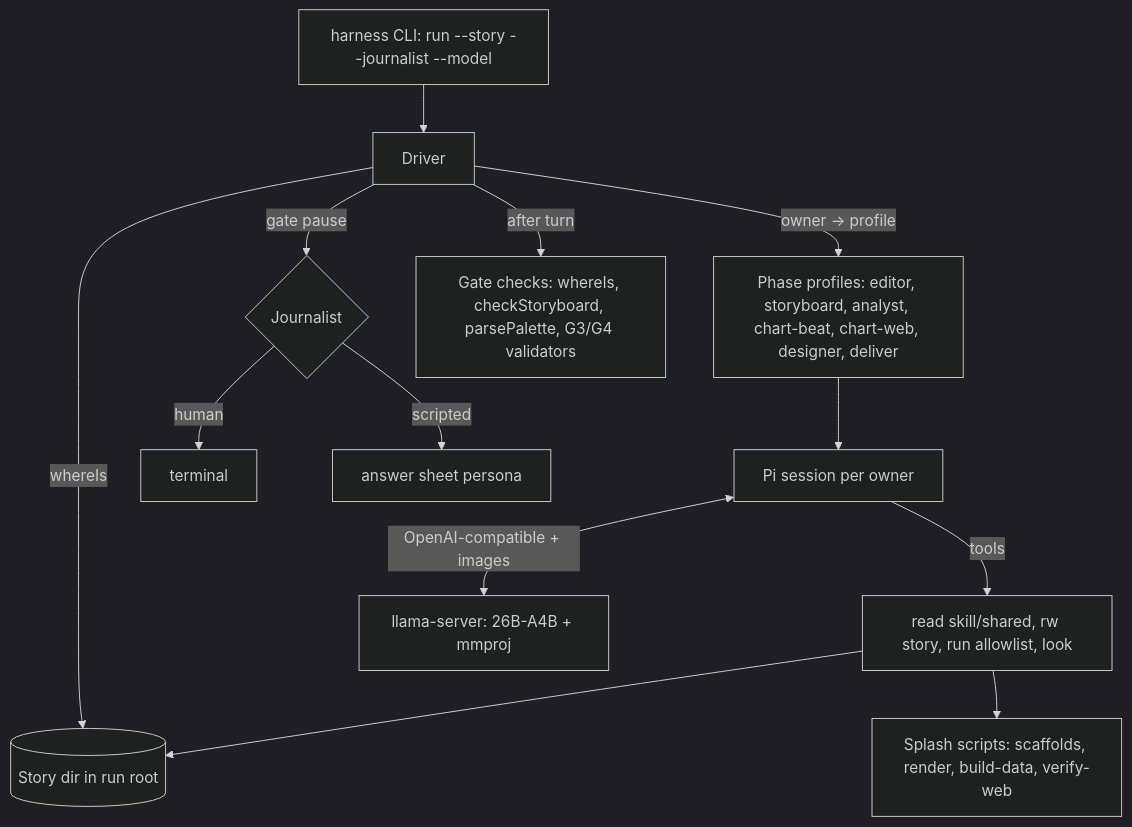
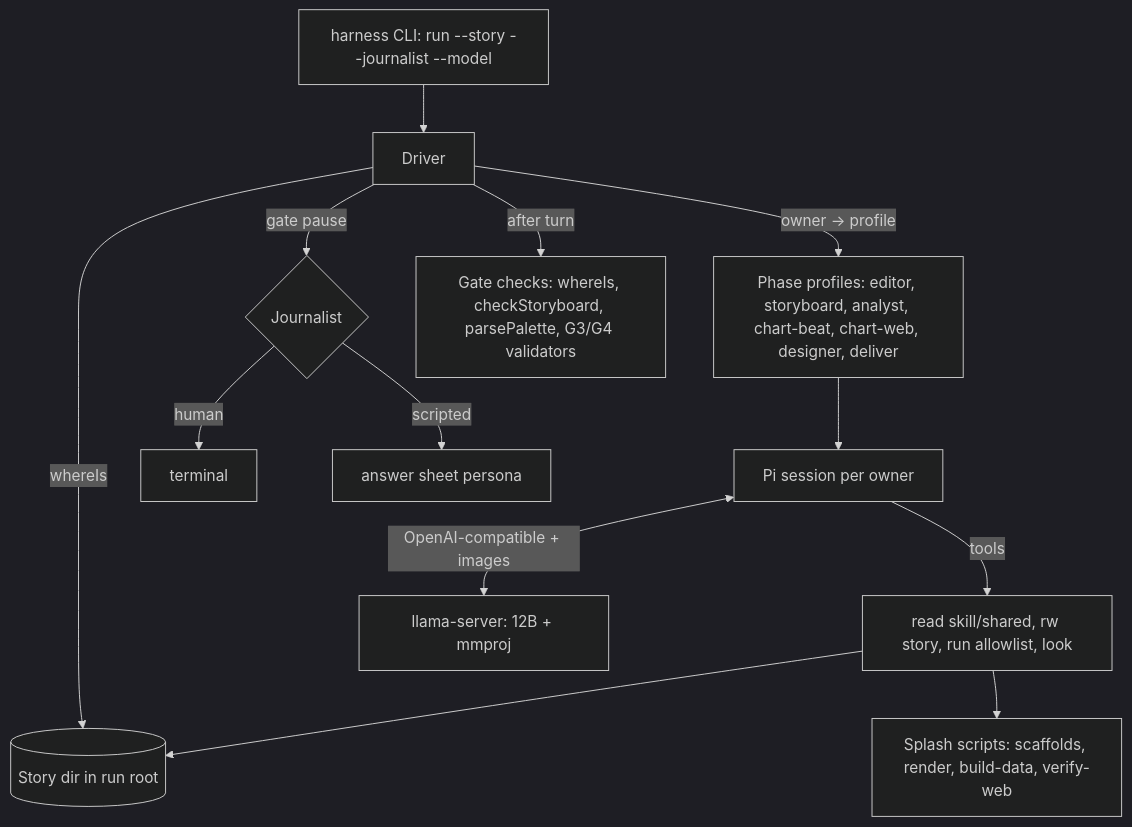
Before and after one commit to buriedsignals/splash: the first of 2 diagrams in docs/plans/2026-10-21-2211-feat-splash-pi-harness-plan.md, drawn with Mermaid (dark theme). The commit also changed other lines of this file, not shown here.

````diff
--- a/docs/plans/2026-10-21-2211-feat-splash-pi-harness-plan.md
+++ b/docs/plans/2026-10-21-2211-feat-splash-pi-harness-plan.md
@@ -285,15 +286,15 @@
 ```mermaid
 flowchart TB
   CLI[harness CLI: run --story --journalist --model] --> D[Driver]
   D -->|whereIs| S[(Story dir in run root)]
   D -->|owner -> profile| P[Phase profiles: editor, storyboard, analyst, chart-beat, chart-web, designer, deliver]
   P --> PS[Pi session per owner]
   PS -->|tools| T[read skill/shared, rw story, run allowlist, look]
   T --> S
   T --> R[Splash scripts: scaffolds, render, build-data, verify-web]
-  PS <-->|OpenAI-compatible + images| L[llama-server: 26B-A4B + mmproj]
+  PS <-->|OpenAI-compatible + images| L[llama-server: 12B + mmproj]
   D -->|gate pause| J{Journalist}
   J -->|human| H[terminal]
   J -->|scripted| SJ[answer sheet persona]
   D -->|after turn| G[Gate checks: whereIs, checkStoryboard, parsePalette, G3/G4 validators]
 ```
````
